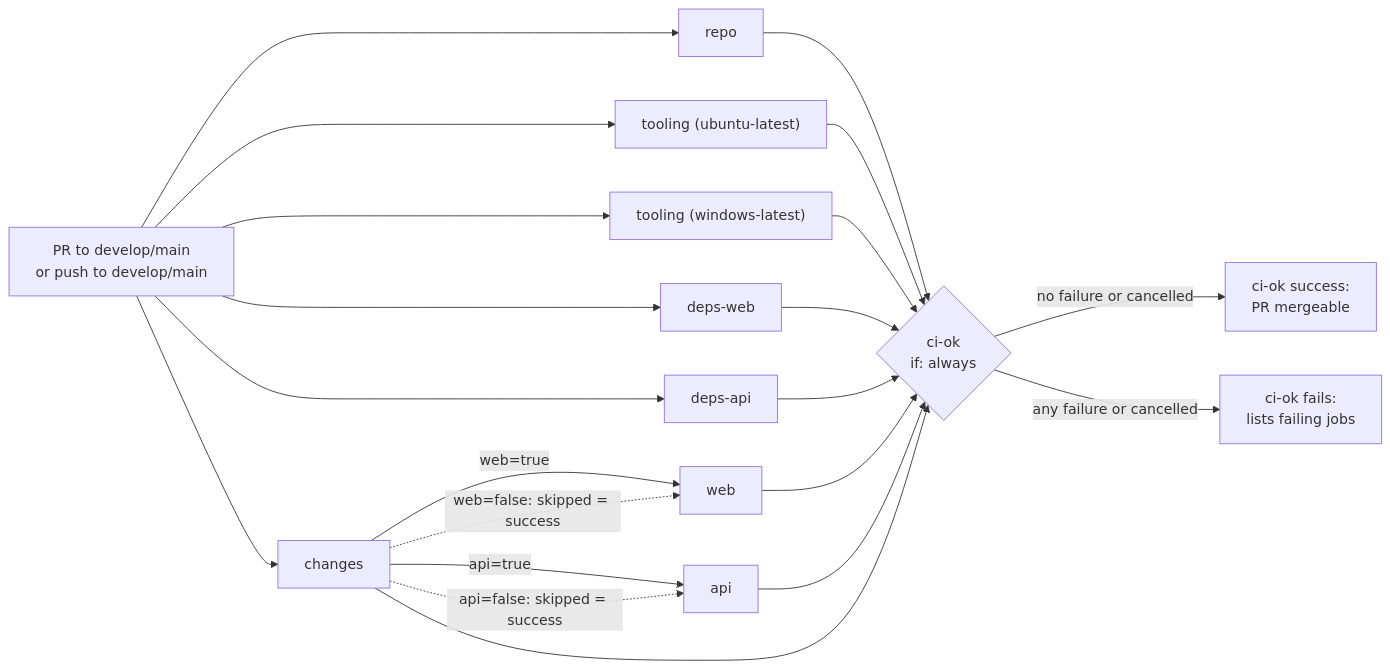
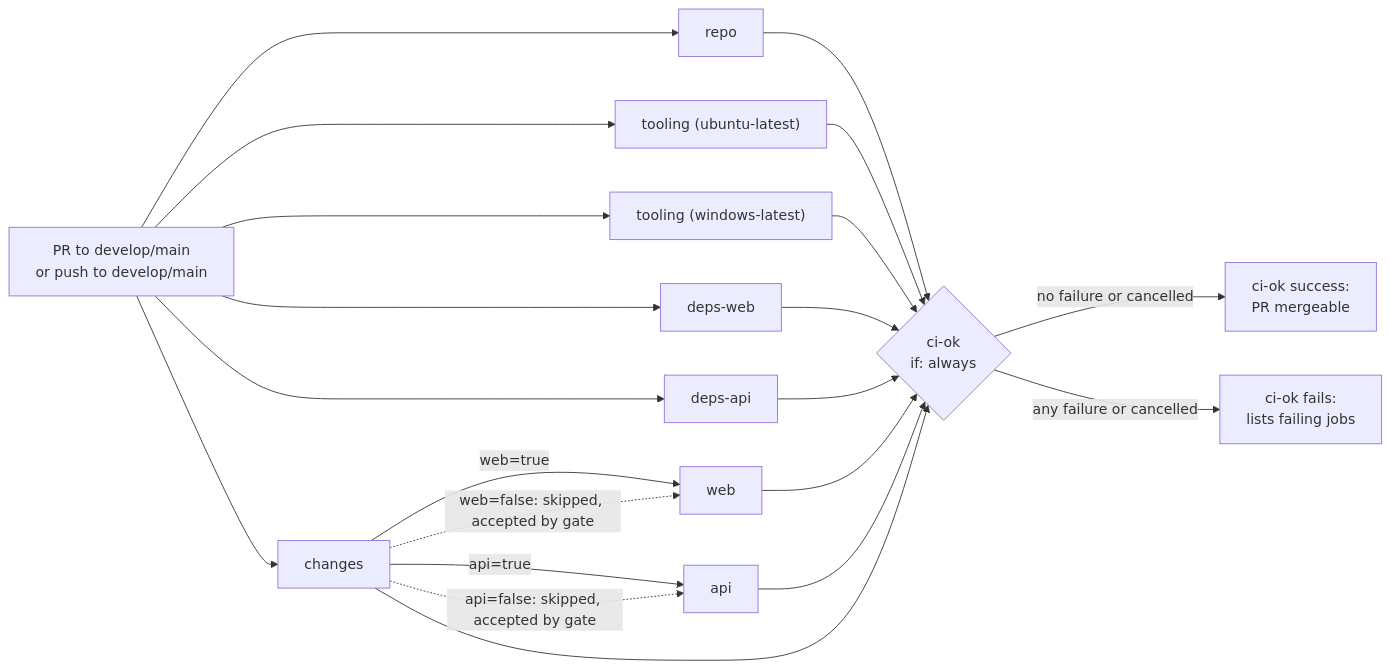
Before and after one commit to TheSiddheshFulawade/portfolio: the first of 6 diagrams in specs/001-monorepo-tooling/design.md, drawn with Mermaid. The commit also changed other lines of this file and 2 other files, not shown here.

First line of the commit message:
docs(spec): 001 security revision for mvnw, CI gate and Renovate

````diff
--- a/specs/001-monorepo-tooling/design.md
+++ b/specs/001-monorepo-tooling/design.md
@@ -227,23 +266,23 @@
 ```mermaid
 flowchart LR
   T["PR to develop/main<br/>or push to develop/main"] --> C[changes]
   T --> R[repo]
   T --> TU["tooling (ubuntu-latest)"]
   T --> TW["tooling (windows-latest)"]
   T --> DW[deps-web]
   T --> DA[deps-api]
   C -->|web=true| W[web]
   C -->|api=true| A[api]
-  C -.->|web=false: skipped = success| W
-  C -.->|api=false: skipped = success| A
+  C -.->|web=false: skipped, accepted by gate| W
+  C -.->|api=false: skipped, accepted by gate| A
   R --> G{ci-ok<br/>if: always}
   TU --> G
   TW --> G
   DW --> G
   DA --> G
   W --> G
   A --> G
   C --> G
   G -->|no failure or cancelled| OK[ci-ok success:<br/>PR mergeable]
   G -->|any failure or cancelled| KO[ci-ok fails:<br/>lists failing jobs]
 ```
````
